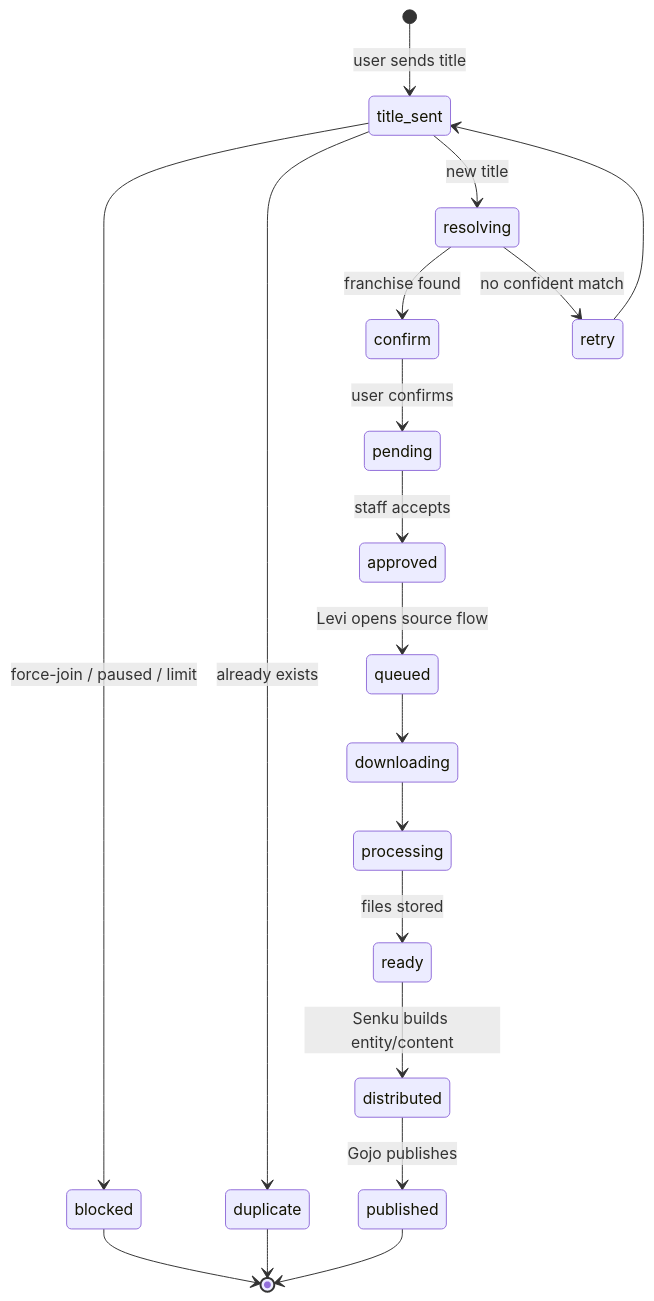
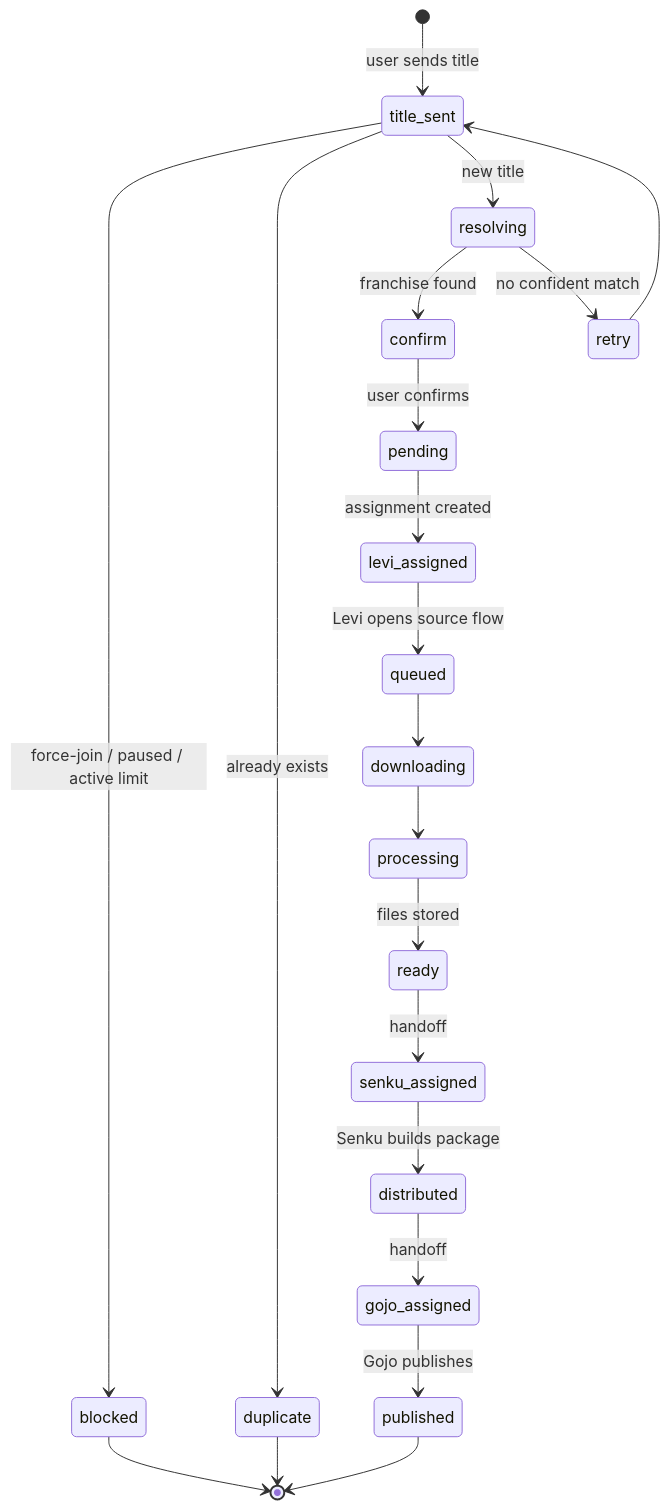
One commit to arefin-raian/Kuro-Soden changed the second of 7 diagrams in README.md. Above: the diagram before and after it, drawn with Mermaid. The commit also changed other lines of this file, not shown here.

````diff
--- a/README.md
+++ b/README.md
@@ -194,21 +231,23 @@
 ```mermaid
 stateDiagram-v2
     [*] --> title_sent: user sends title
-    title_sent --> blocked: force-join / paused / limit
+    title_sent --> blocked: force-join / paused / active limit
     title_sent --> duplicate: already exists
     title_sent --> resolving: new title
     resolving --> confirm: franchise found
     resolving --> retry: no confident match
     confirm --> pending: user confirms
-    pending --> approved: staff accepts
-    approved --> queued: Levi opens source flow
+    pending --> levi_assigned: assignment created
+    levi_assigned --> queued: Levi opens source flow
     queued --> downloading
     downloading --> processing
     processing --> ready: files stored
-    ready --> distributed: Senku builds entity/content
-    distributed --> published: Gojo publishes
+    ready --> senku_assigned: handoff
+    senku_assigned --> distributed: Senku builds package
+    distributed --> gojo_assigned: handoff
+    gojo_assigned --> published: Gojo publishes
     duplicate --> [*]
     blocked --> [*]
     retry --> title_sent
     published --> [*]
 ```
````
